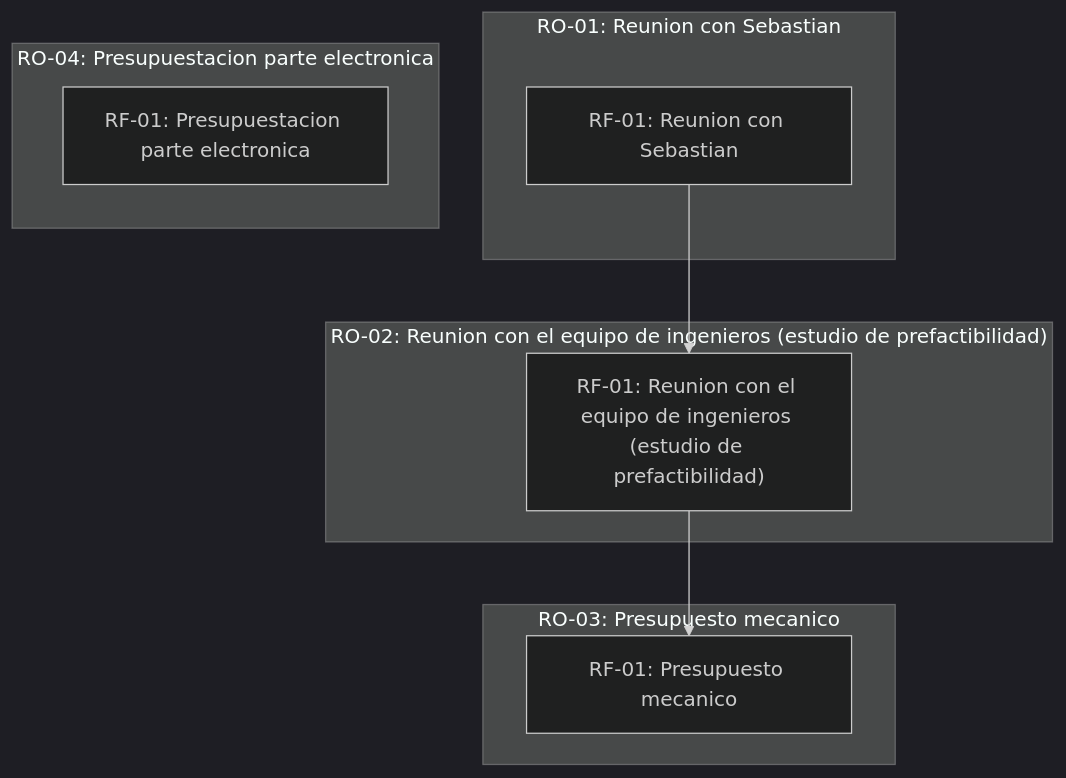
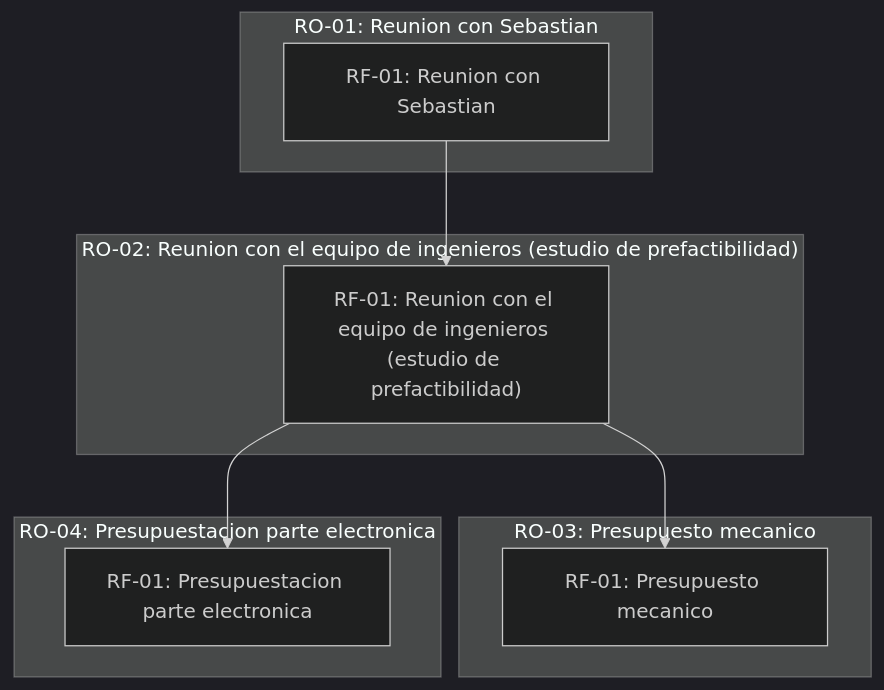
The diagram in scrumDocs/grafo.md (fiemcasals/ProyectoVAD), drawn with Mermaid (dark theme) before and after one commit. The commit also changed other lines of this file, not shown here.

````diff
--- a/scrumDocs/grafo.md
+++ b/scrumDocs/grafo.md
@@ -5,17 +5,18 @@
 ```mermaid
 graph TD
   subgraph US_1789213601492["RO-01: Reunion con Sebastian"]
     REQ_1789213601498["RF-01: Reunion con Sebastian"]
   end
   subgraph US_1789213867397["RO-02: Reunion con el equipo de ingenieros (estudio de prefactibilidad)"]
     REQ_1789213867404["RF-01: Reunion con el equipo de ingenieros (estudio de prefactibilidad)"]
   end
   subgraph US_1789214807204["RO-03: Presupuesto mecanico"]
     REQ_1789214807210["RF-01: Presupuesto mecanico"]
   end
   subgraph US_1789228644037["RO-04: Presupuestacion parte electronica"]
     REQ_1789228644049["RF-01: Presupuestacion parte electronica"]
   end
   REQ_1789213601498 --> REQ_1789213867404
   REQ_1789213867404 --> REQ_1789214807210
+  REQ_1789213867404 --> REQ_1789228644049
 ```
````
